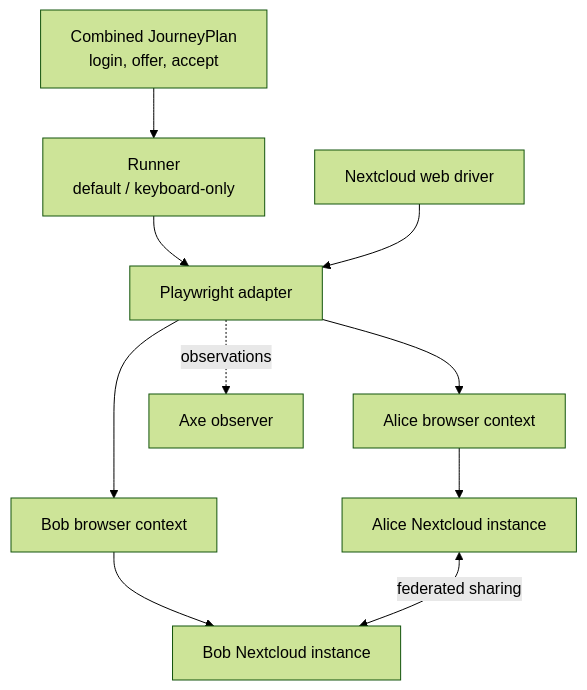
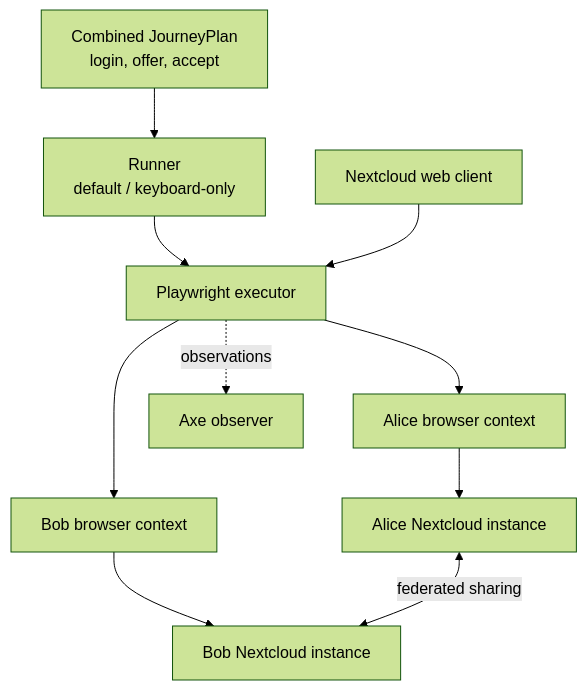
One commit to openuji/journey-mesh changed the first of 5 diagrams in examples/nextcloud-filesharing/README.md. Above: the diagram before and after it, drawn with Mermaid (forest theme). The commit also changed other lines of this file and 20 other files, not shown here.

Commit message:
refactor: architecture lint rules, docs, second-vendor proof

````diff
--- a/examples/nextcloud-filesharing/README.md
+++ b/examples/nextcloud-filesharing/README.md
@@ -130,12 +130,12 @@
 ```mermaid
 flowchart TB
   plan["Combined JourneyPlan<br/>login, offer, accept"] --> runner["Runner<br/>default / keyboard-only"]
-  runner --> web["Playwright adapter"]
-  driver["Nextcloud web driver"] --> web
+  runner --> web["Playwright executor"]
+  client["Nextcloud web client"] --> web
   web --> alice["Alice browser context"]
   web --> bob["Bob browser context"]
   alice --> aliceService["Alice Nextcloud instance"]
   bob --> bobService["Bob Nextcloud instance"]
   aliceService <-->|federated sharing| bobService
   web -.->|observations| axe["Axe observer"]
 ```
````
